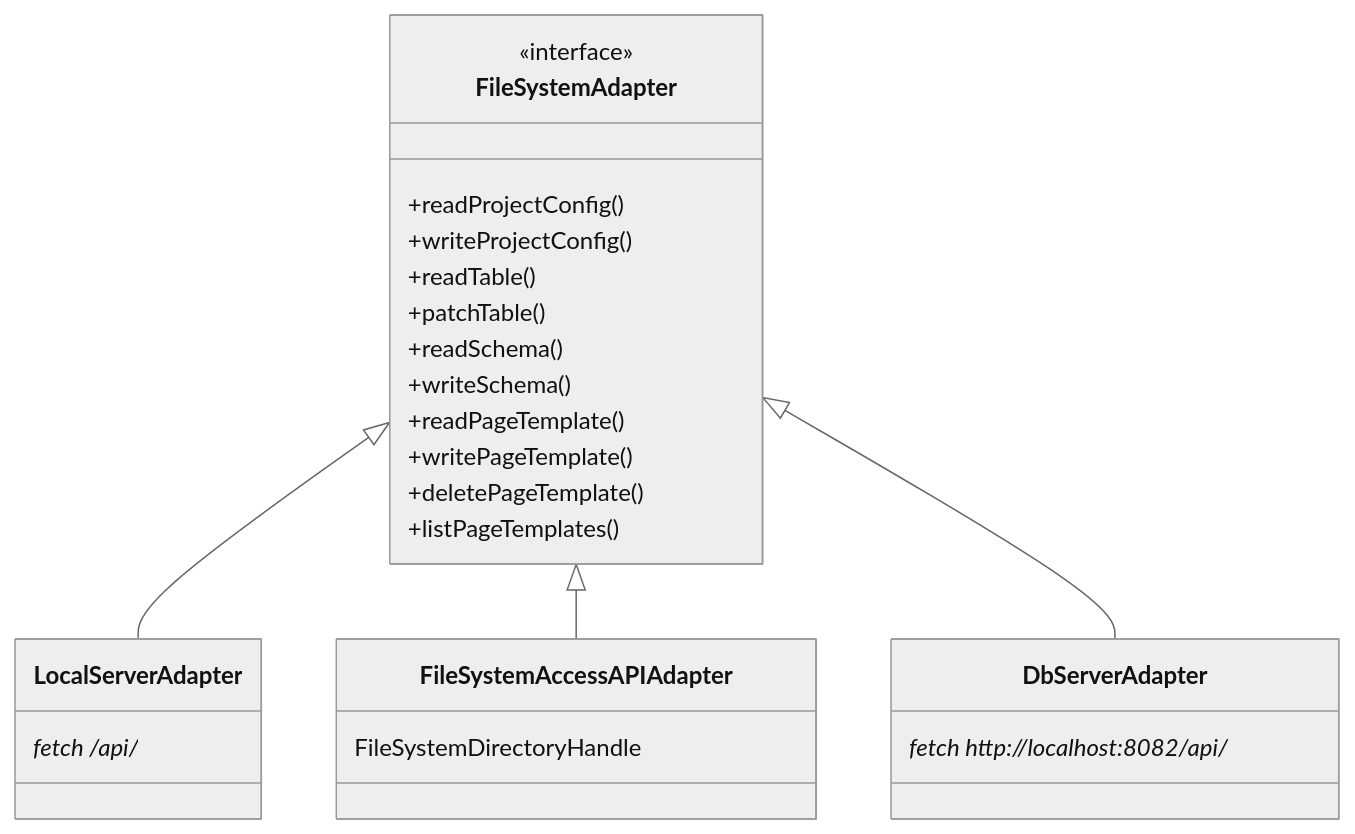
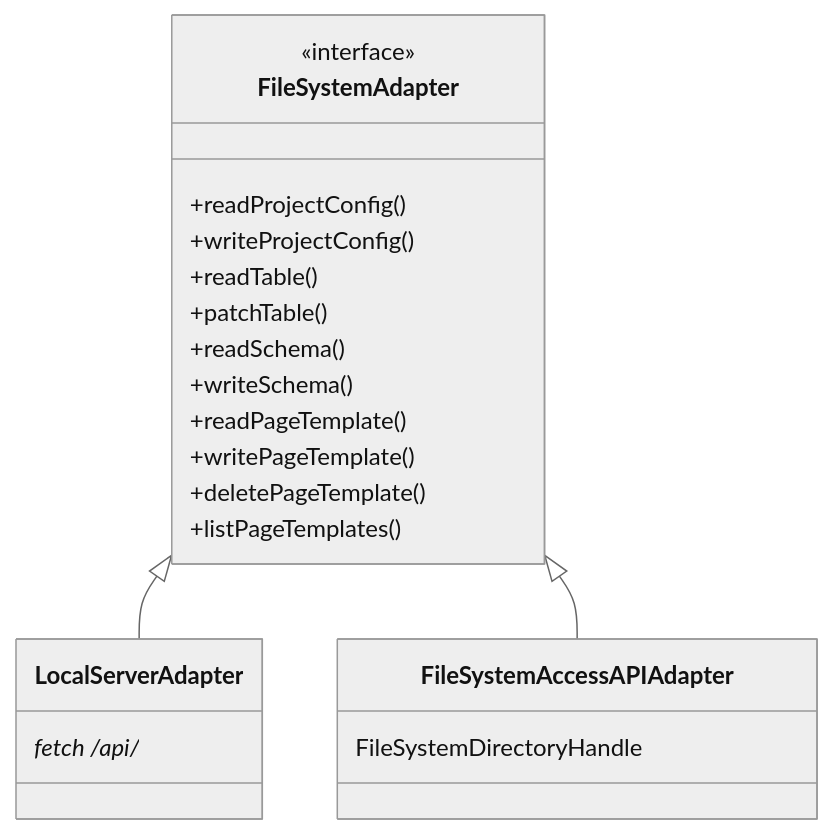
One commit to haramako/gridman changed the diagram in wiki/wiki/concepts/architecture/FileSystem_Adapters.md. Above: the diagram before and after it, drawn with Mermaid (neutral theme). The commit also changed other lines of this file and 11 other files, not shown here.

````diff
--- a/wiki/wiki/concepts/architecture/FileSystem_Adapters.md
+++ b/wiki/wiki/concepts/architecture/FileSystem_Adapters.md
@@ -25,28 +25,24 @@
 ```mermaid
 classDiagram
     class FileSystemAdapter {
         <<interface>>
         +readProjectConfig()
         +writeProjectConfig()
         +readTable()
         +patchTable()
         +readSchema()
         +writeSchema()
         +readPageTemplate()
         +writePageTemplate()
         +deletePageTemplate()
         +listPageTemplates()
     }
     class LocalServerAdapter {
         fetch /api/*
     }
     class FileSystemAccessAPIAdapter {
         FileSystemDirectoryHandle
     }
-    class DbServerAdapter {
-        fetch http://localhost:8082/api/*
-    }
     FileSystemAdapter <|-- LocalServerAdapter
     FileSystemAdapter <|-- FileSystemAccessAPIAdapter
-    FileSystemAdapter <|-- DbServerAdapter
 ```
````
